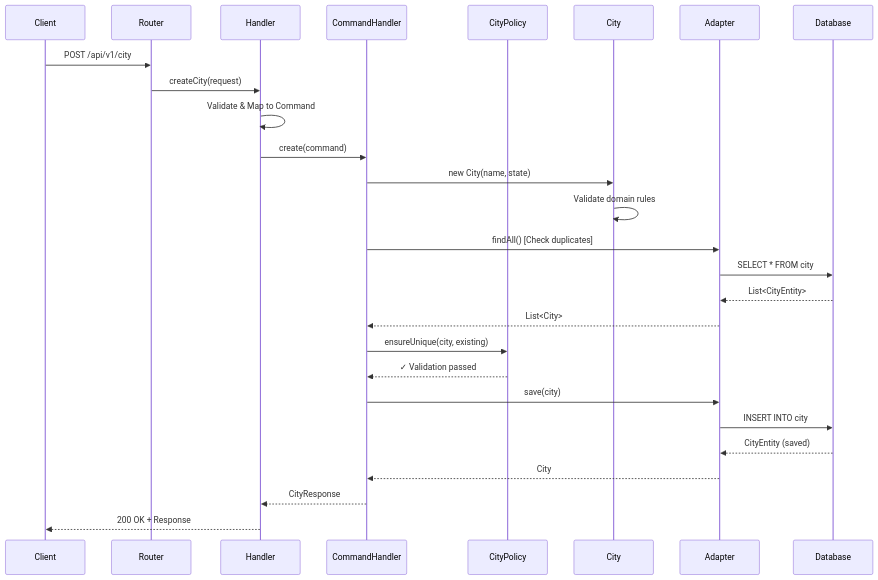
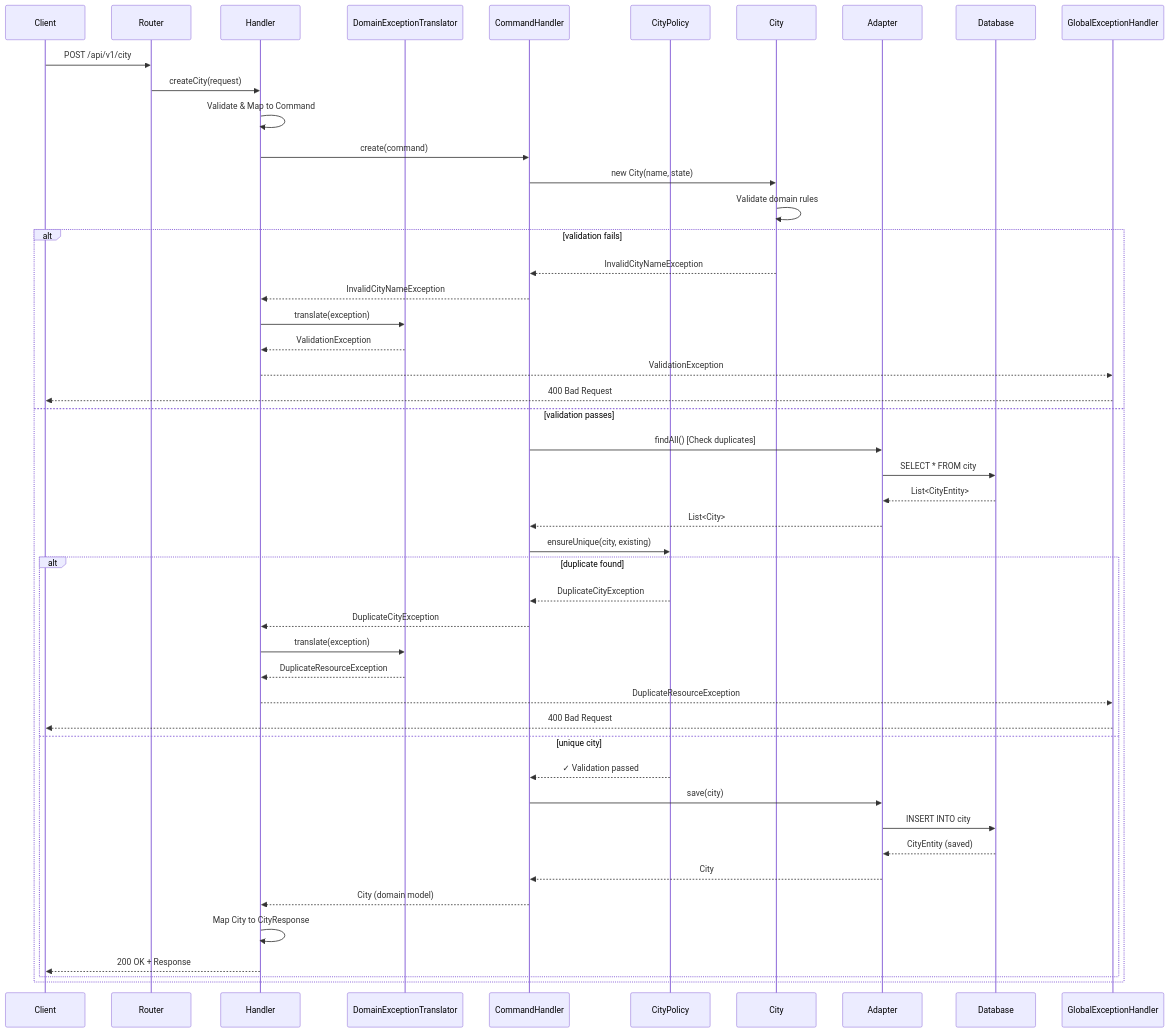
One commit to rajib-reea/spring-hexagonal-pjt changed the second of 3 diagrams in PRESENTATION.md. Above: the diagram before and after it, drawn with Mermaid. The commit also changed other lines of this file, not shown here.

Commit message:
Update PRESENTATION.md with exception translation improvements

````diff
--- a/PRESENTATION.md
+++ b/PRESENTATION.md
@@ -642,30 +710,51 @@
 ```mermaid
 sequenceDiagram
     participant Client
     participant Router
     participant Handler
+    participant Translator as DomainExceptionTranslator
     participant CommandHandler
     participant CityPolicy
     participant City
     participant Adapter
     participant Database
+    participant ExceptionHandler as GlobalExceptionHandler
 
     Client->>Router: POST /api/v1/city
     Router->>Handler: createCity(request)
     Handler->>Handler: Validate & Map to Command
     Handler->>CommandHandler: create(command)
     CommandHandler->>City: new City(name, state)
     City->>City: Validate domain rules
-    CommandHandler->>Adapter: findAll() [Check duplicates]
-    Adapter->>Database: SELECT * FROM city
-    Database-->>Adapter: List<CityEntity>
-    Adapter-->>CommandHandler: List<City>
-    CommandHandler->>CityPolicy: ensureUnique(city, existing)
-    CityPolicy-->>CommandHandler: ✓ Validation passed
-    CommandHandler->>Adapter: save(city)
-    Adapter->>Database: INSERT INTO city
-    Database-->>Adapter: CityEntity (saved)
-    Adapter-->>CommandHandler: City
-    CommandHandler-->>Handler: CityResponse
-    Handler-->>Client: 200 OK + Response
+    alt validation fails
+        City-->>CommandHandler: InvalidCityNameException
+        CommandHandler-->>Handler: InvalidCityNameException
+        Handler->>Translator: translate(exception)
+        Translator-->>Handler: ValidationException
+        Handler-->>ExceptionHandler: ValidationException
+        ExceptionHandler-->>Client: 400 Bad Request
+    else validation passes
+        CommandHandler->>Adapter: findAll() [Check duplicates]
+        Adapter->>Database: SELECT * FROM city
+        Database-->>Adapter: List<CityEntity>
+        Adapter-->>CommandHandler: List<City>
+        CommandHandler->>CityPolicy: ensureUnique(city, existing)
+        alt duplicate found
+            CityPolicy-->>CommandHandler: DuplicateCityException
+            CommandHandler-->>Handler: DuplicateCityException
+            Handler->>Translator: translate(exception)
+            Translator-->>Handler: DuplicateResourceException
+            Handler-->>ExceptionHandler: DuplicateResourceException
+            ExceptionHandler-->>Client: 400 Bad Request
+        else unique city
+            CityPolicy-->>CommandHandler: ✓ Validation passed
+            CommandHandler->>Adapter: save(city)
+            Adapter->>Database: INSERT INTO city
+            Database-->>Adapter: CityEntity (saved)
+            Adapter-->>CommandHandler: City
+            CommandHandler-->>Handler: City (domain model)
+            Handler->>Handler: Map City to CityResponse
+            Handler-->>Client: 200 OK + Response
+        end
+    end
 ```
````
